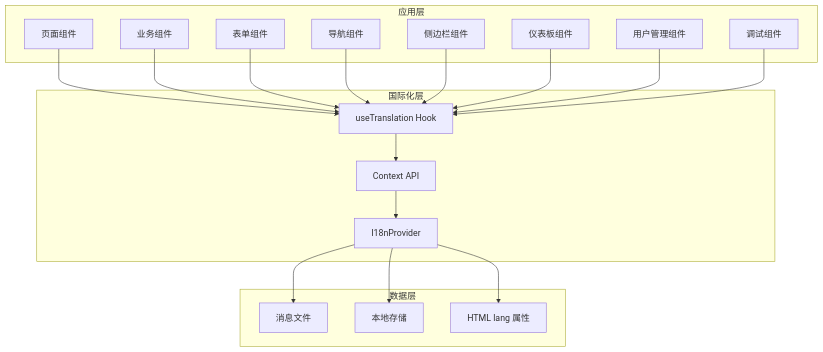
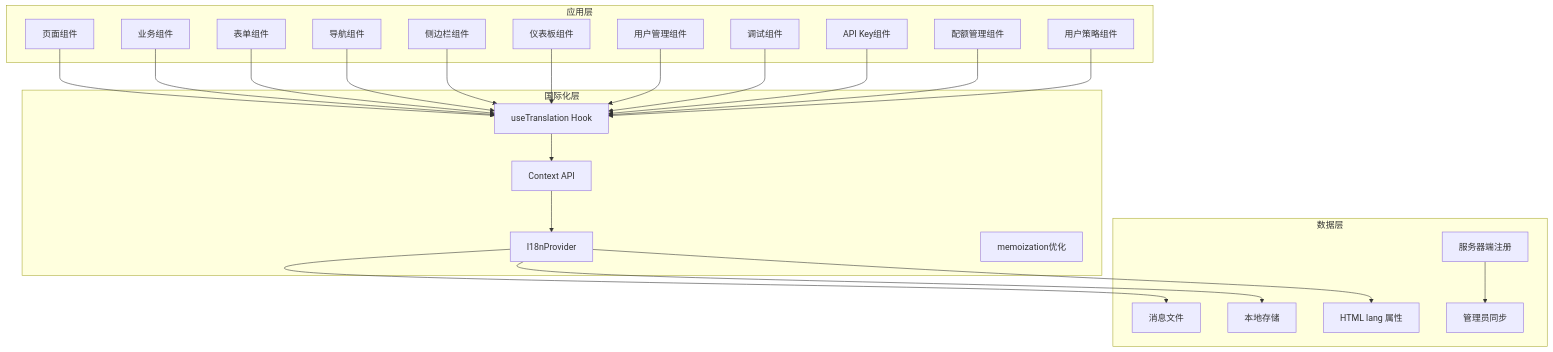
One commit to RadiumAg/AIGate changed the second of 6 diagrams in .qoder/repowiki/zh/content/开发指南/国际化系统.md. Above: the diagram before and after it, drawn with Mermaid. The commit also changed other lines of this file and 4 other files, not shown here.

````diff
--- a/.qoder/repowiki/zh/content/开发指南/国际化系统.md
+++ b/.qoder/repowiki/zh/content/开发指南/国际化系统.md
@@ -176,36 +193,46 @@
 ```mermaid
 graph TD
 subgraph "应用层"
 A[页面组件]
 B[业务组件]
 C[表单组件]
 D[导航组件]
 E[侧边栏组件]
 F[仪表板组件]
 G[用户管理组件]
 H[调试组件]
+I[API Key组件]
+J[配额管理组件]
+K[用户策略组件]
 end
 subgraph "国际化层"
-I[I18nProvider]
-J[useTranslation Hook]
-K[Context API]
+L[I18nProvider]
+M[useTranslation Hook]
+N[Context API]
+O[memoization优化]
 end
 subgraph "数据层"
-L[消息文件]
-M[本地存储]
-N[HTML lang 属性]
+P[消息文件]
+Q[本地存储]
+R[HTML lang 属性]
+S[服务器端注册]
+T[管理员同步]
 end
-A --> J
-B --> J
-C --> J
-D --> J
-E --> J
-F --> J
-G --> J
-H --> J
-J --> K
-K --> I
-I --> L
+A --> M
+B --> M
+C --> M
+D --> M
+E --> M
+F --> M
+G --> M
+H --> M
 I --> M
-I --> N
+J --> M
+K --> M
+M --> N
+N --> L
+L --> P
+L --> Q
+L --> R
+S --> T
 ```
````
